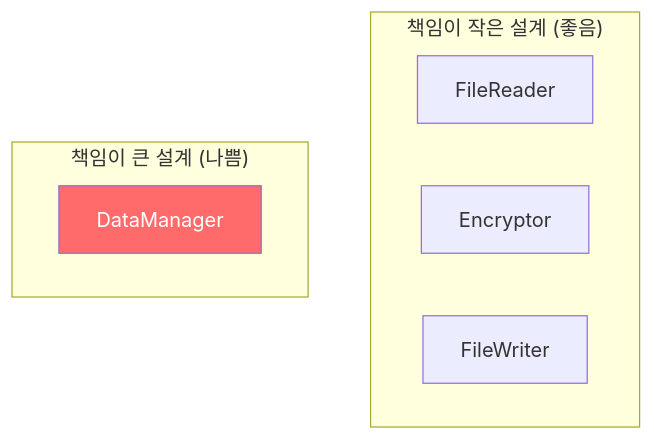
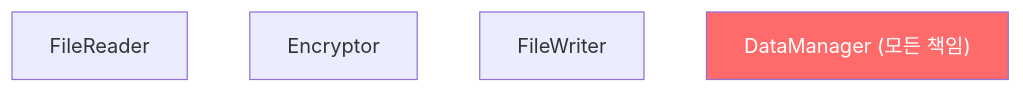
Before and after one commit to yjkim2015/yjkim2015.github.io: the fourth of 8 diagrams in _posts/java/2021-10-09-java-objects1.md, drawn with Mermaid. The commit also changed other lines of this file and 155 other files, not shown here.

First line of the commit message:
Mermaid 전면 수정: subgraph 제거, participant/노드/줄수 축소 (342블록)

````diff
--- a/_posts/java/2021-10-09-java-objects1.md
+++ b/_posts/java/2021-10-09-java-objects1.md
@@ -122,12 +120,6 @@
 ```mermaid
 graph TD
-    subgraph "책임이 작은 설계 (좋음)"
-    A1["FileReader"]
-    A2["Encryptor"]
-    A3["FileWriter"]
-    end
-    subgraph "책임이 큰 설계 (나쁨)"
-    B1["DataManager"]
-    end
+    A1["FileReader"] & A2["Encryptor"] & A3["FileWriter"]
+    B1["DataManager (모든 책임)"]
     style B1 fill:#ff6b6b,color:#fff
 ```
````
